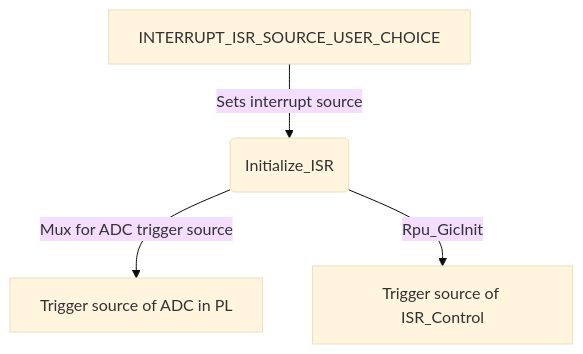
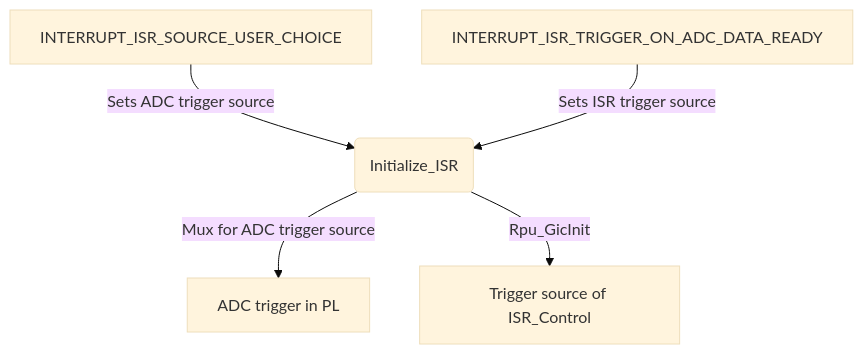
Before and after one commit to ultrazohm/ultrazohm_sw: the first of 2 diagrams in docs/source/guide/rpu_software/interrupts/interrupts.rst, drawn with Mermaid (base theme). The commit also changed other lines of this file and 4 other files, not shown here.

```diff
--- a/docs/source/guide/rpu_software/interrupts/interrupts.rst
+++ b/docs/source/guide/rpu_software/interrupts/interrupts.rst
@@ -48,8 +55,9 @@
 .. mermaid::
     :align: center
-    :caption: Usage of ``INTERRUPT_ISR_SOURCE_USER_CHOICE`` in source code
-    
+    :caption: Usage of interrupt configuration defines in source code
+
     graph TD
-      A[INTERRUPT_ISR_SOURCE_USER_CHOICE] -->|Sets interrupt source| B(Initialize_ISR)
-      B -->|Mux for ADC trigger source| D[Trigger source of ADC in PL]
+      A[INTERRUPT_ISR_SOURCE_USER_CHOICE] -->|Sets ADC trigger source| B(Initialize_ISR)
+      C[INTERRUPT_ISR_TRIGGER_ON_ADC_DATA_READY] -->|Sets ISR trigger source| B
+      B -->|Mux for ADC trigger source| D[ADC trigger in PL]
       B -->|Rpu_GicInit| E[Trigger source of ISR_Control]
```
